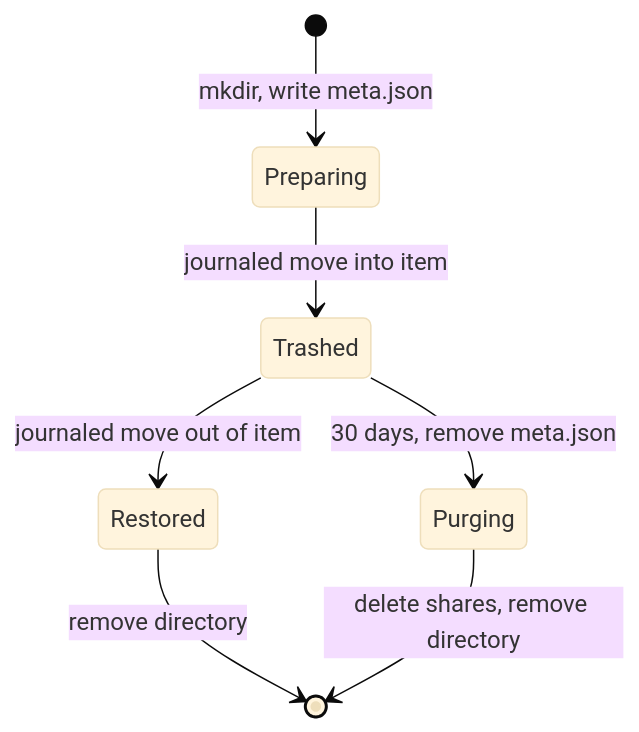
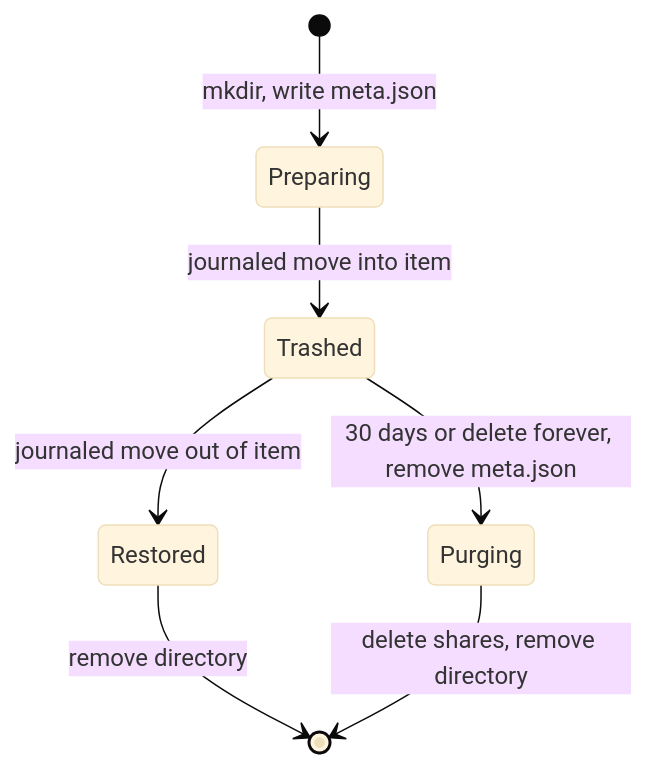
One commit to HuuTrucNguyen0508/storage-server changed the second of 3 diagrams in docs/design/STATES.md. Above: the diagram before and after it, drawn with Mermaid (base theme). The commit also changed other lines of this file and 2 other files, not shown here.

````diff
--- a/docs/design/STATES.md
+++ b/docs/design/STATES.md
@@ -51,9 +55,9 @@
 ```mermaid
 stateDiagram-v2
     [*] --> Preparing: mkdir, write meta.json
     Preparing --> Trashed: journaled move into item
     Trashed --> Restored: journaled move out of item
     Restored --> [*]: remove directory
-    Trashed --> Purging: 30 days, remove meta.json
+    Trashed --> Purging: 30 days or delete forever, remove meta.json
     Purging --> [*]: delete shares, remove directory
 ```
````
